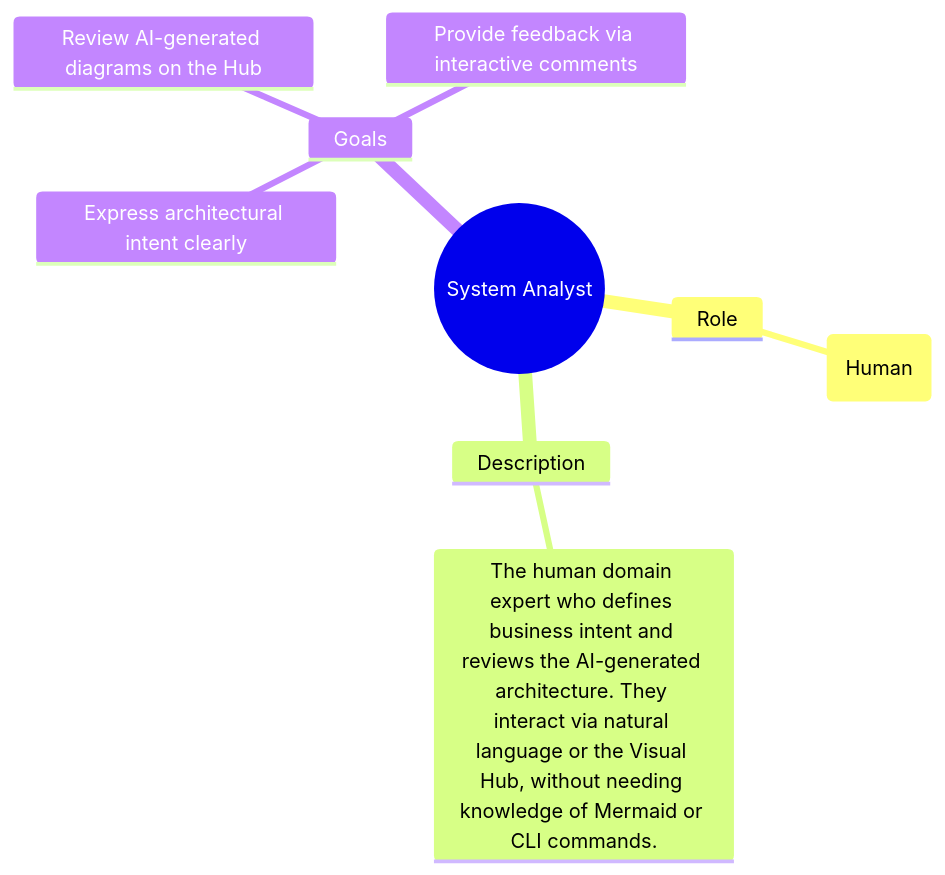
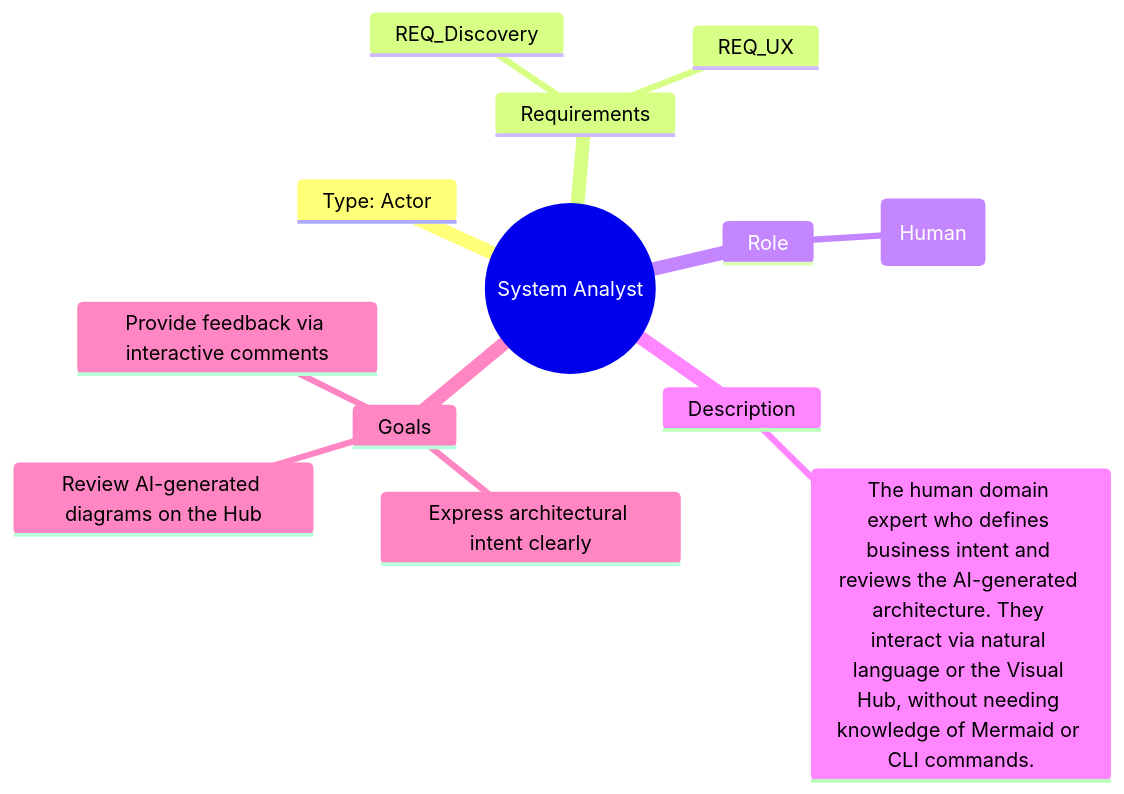
Before and after one commit to futurefoundai/foundryspec: the diagram in docs/personas/PER_SystemAnalyst.mermaid, drawn with Mermaid. The commit also changed 52 other files, not shown here.

```diff
--- a/docs/personas/PER_SystemAnalyst.mermaid
+++ b/docs/personas/PER_SystemAnalyst.mermaid
@@ -1,20 +1,21 @@
 ---
 id: "PER_SystemAnalyst"
 title: System Analyst
 description: The human domain expert who guides the system design.
 entities:
   - id: "PER_SystemAnalyst"
-    uplink: "GRP_Personas"
-    downlinks:
-      - "JRN_SpecCleanup"
 ---
 mindmap
   PER_SystemAnalyst((System Analyst))
+    Type: Actor
+    Requirements
+      REQ_Discovery
+      REQ_UX
     Role
       Architectural Lead (Human)
     Description
       The human domain expert who defines business intent and reviews the AI-generated architecture. They interact via natural language or the Visual Hub, without needing knowledge of Mermaid or CLI commands.
     Goals
       Express architectural intent clearly
       Review AI-generated diagrams on the Hub
       Provide feedback via interactive comments
```
